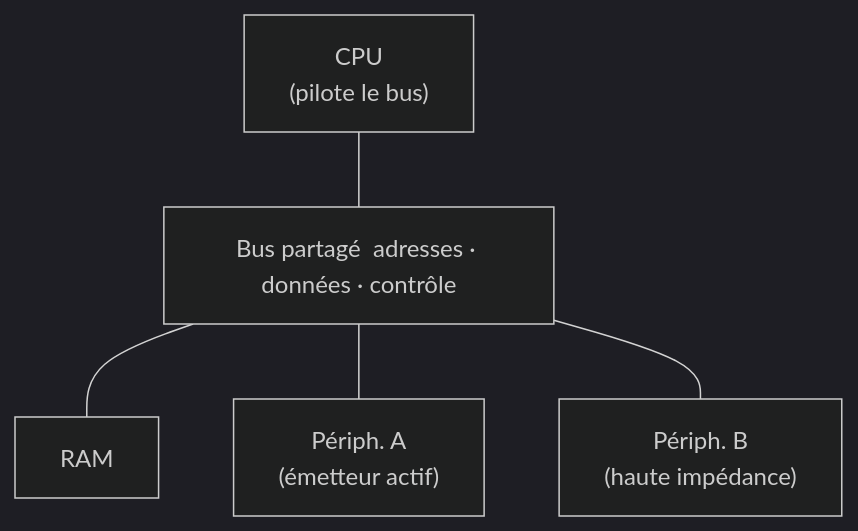
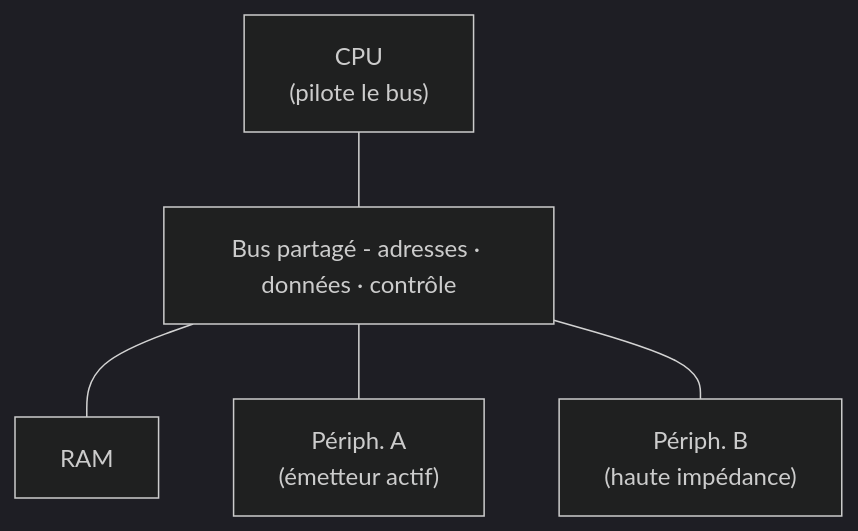
One commit to Makerspace-Amiens/makerspace-doc changed the diagram in _workshops/microcontroleur/concepts/architecture-microcontroleur.md. Above: the diagram before and after it, drawn with Mermaid (dark theme). The commit also changed other lines of this file and 10 other files, not shown here.

````diff
--- a/_workshops/microcontroleur/concepts/architecture-microcontroleur.md
+++ b/_workshops/microcontroleur/concepts/architecture-microcontroleur.md
@@ -138,12 +138,12 @@
 ```mermaid
 flowchart TB
   CPU["CPU\n(pilote le bus)"]
-  BUS["Bus partagé  adresses · données · contrôle"]
+  BUS["Bus partagé - adresses · données · contrôle"]
   RAM["RAM"]
   PA["Périph. A\n(émetteur actif)"]
   PB["Périph. B\n(haute impédance)"]
   CPU --- BUS
   BUS --- RAM
   BUS --- PA
   BUS --- PB
 ```
````
